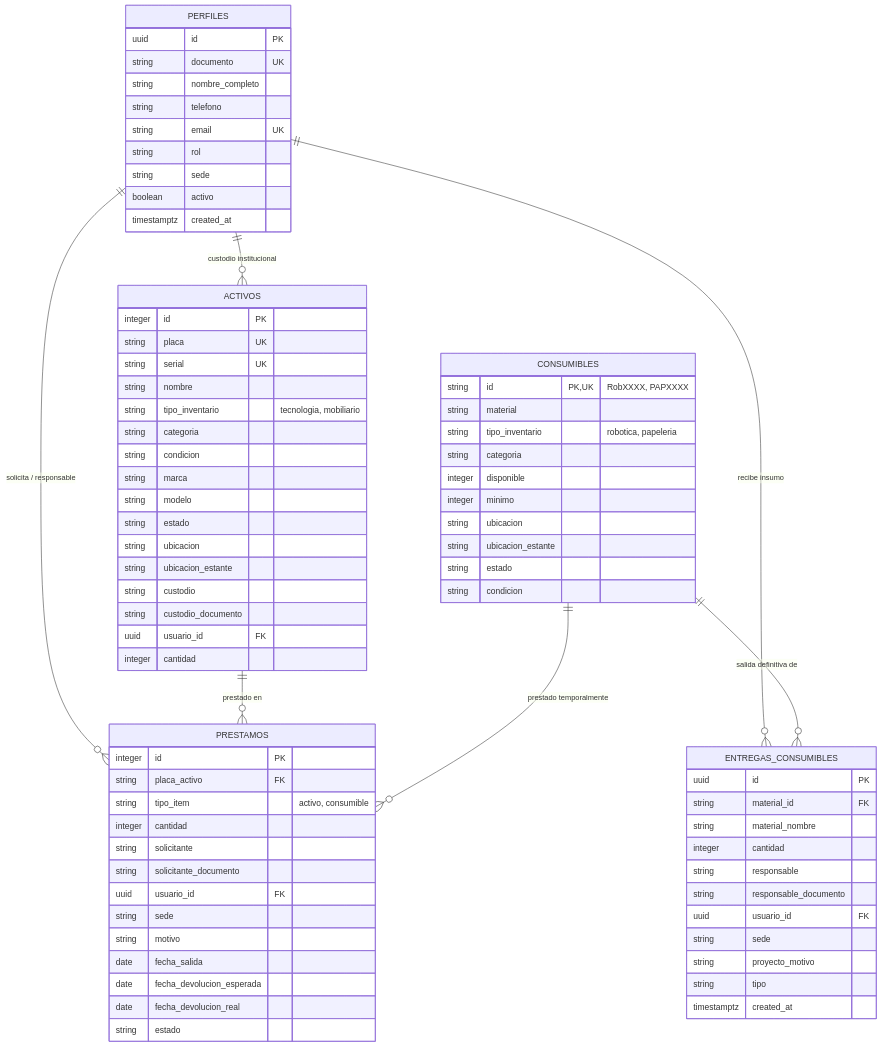
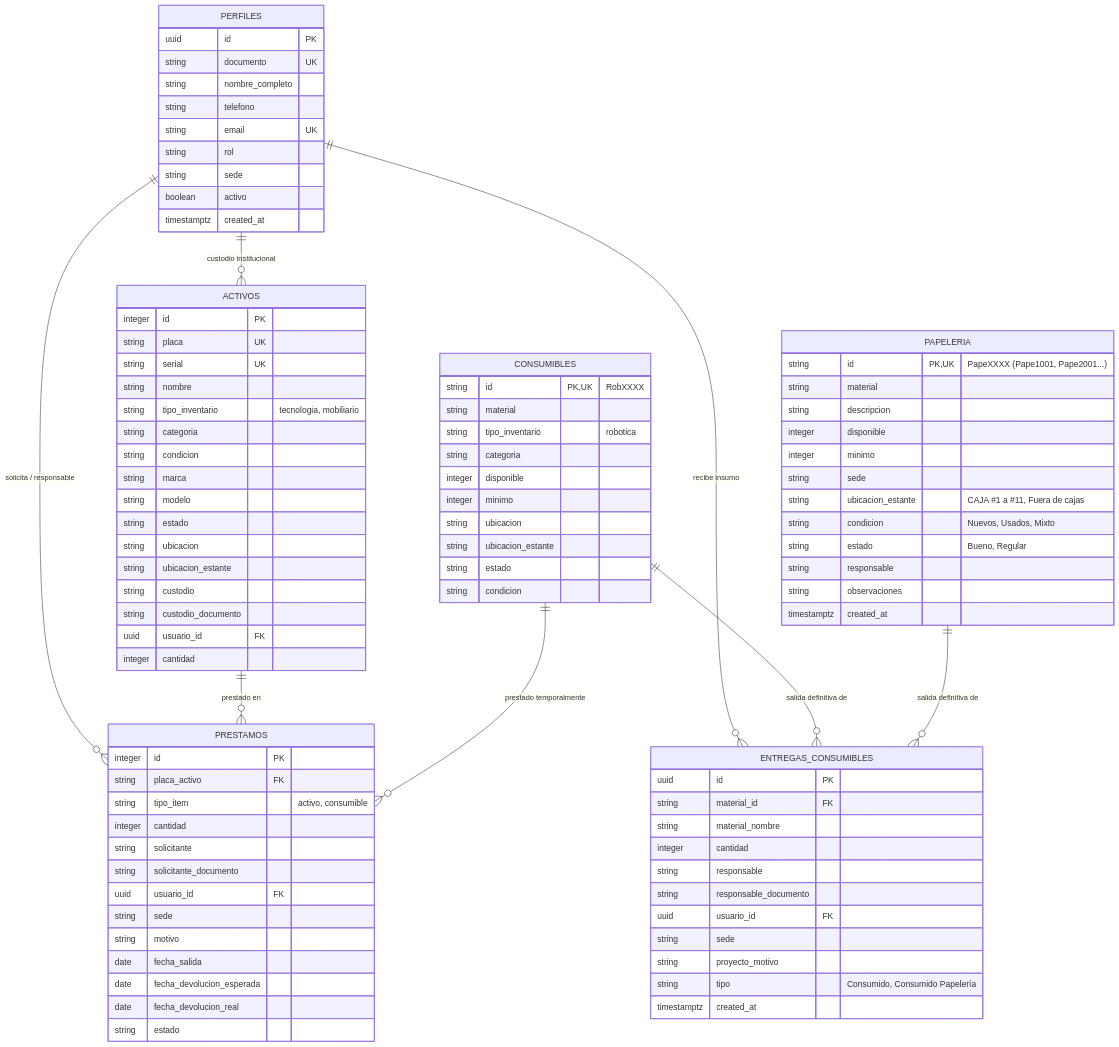
One commit to Sant15123/Inventario_Marina_Back changed the diagram in docs/MODELO_DATOS.md. Above: the diagram before and after it, drawn with Mermaid. The commit also changed other lines of this file and 4 other files, not shown here.

Commit message:
feat(papeleria): implementar modulo de papeleria, seeder oficial de bodega, autoconsecutivos por caja y salidas con RLS

````diff
--- a/docs/MODELO_DATOS.md
+++ b/docs/MODELO_DATOS.md
@@ -10,6 +10,7 @@
     ACTIVOS ||--o{ PRESTAMOS : "prestado en"
     CONSUMIBLES ||--o{ PRESTAMOS : "prestado temporalmente"
     CONSUMIBLES ||--o{ ENTREGAS_CONSUMIBLES : "salida definitiva de"
+    PAPELERIA ||--o{ ENTREGAS_CONSUMIBLES : "salida definitiva de"
 
     PERFILES {
         uuid id PK
@@ -43,9 +44,9 @@
     }
 
     CONSUMIBLES {
-        string id PK,UK "RobXXXX, PAPXXXX"
+        string id PK,UK "RobXXXX"
         string material
-        string tipo_inventario "robotica, papeleria"
+        string tipo_inventario "robotica"
         string categoria
         integer disponible
         integer minimo
@@ -53,6 +54,21 @@
         string ubicacion_estante
         string estado
         string condicion
+    }
+
+    PAPELERIA {
+        string id PK,UK "PapeXXXX (Pape1001, Pape2001...)"
+        string material
+        string descripcion
+        integer disponible
+        integer minimo
+        string sede
+        string ubicacion_estante "CAJA #1 a #11, Fuera de cajas"
+        string condicion "Nuevos, Usados, Mixto"
+        string estado "Bueno, Regular"
+        string responsable
+        string observaciones
+        timestamptz created_at
     }
 
     PRESTAMOS {
@@ -81,7 +97,7 @@
         uuid usuario_id FK
         string sede
         string proyecto_motivo
-        string tipo
+        string tipo "Consumido, Consumido Papelería"
         timestamptz created_at
     }
 ```
````
